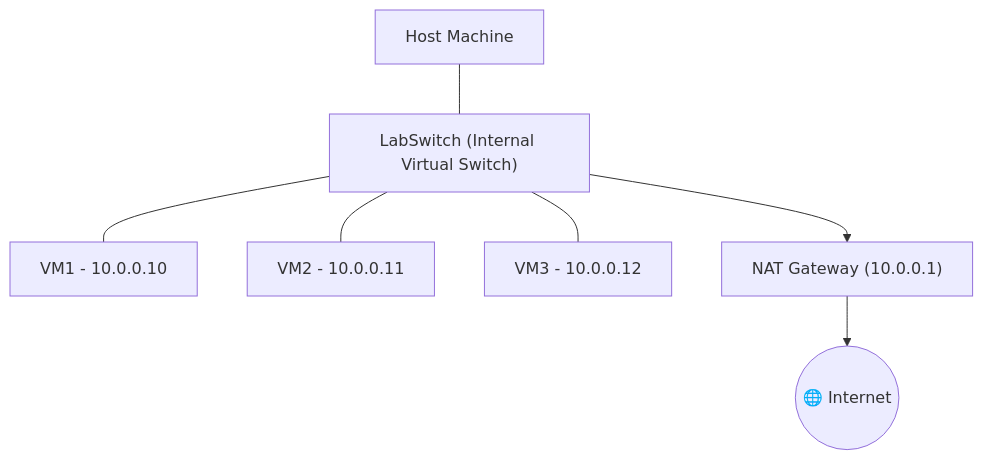
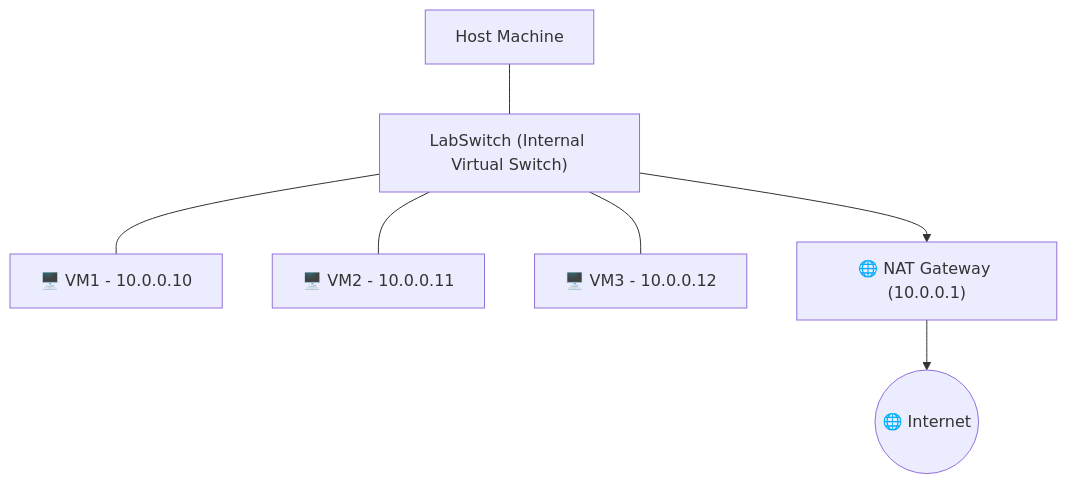
One commit to doyenkbs/MKDocs changed the diagram in docs/home-lab/microsoft/hyper-v.md. Above: the diagram before and after it, drawn with Mermaid.

````diff
--- a/docs/home-lab/microsoft/hyper-v.md
+++ b/docs/home-lab/microsoft/hyper-v.md
@@ -97,10 +97,10 @@
 ``` mermaid
 flowchart TD
     Host[Host Machine] --- LabSwitch["LabSwitch (Internal Virtual Switch)"]
-    LabSwitch --- VM1[VM1 - 10.0.0.10]
-    LabSwitch --- VM2[VM2 - 10.0.0.11]
-    LabSwitch --- VM3[VM3 - 10.0.0.12]
+    LabSwitch --- VM1[🖥️ VM1 - 10.0.0.10]
+    LabSwitch --- VM2[🖥️ VM2 - 10.0.0.11]
+    LabSwitch --- VM3[🖥️ VM3 - 10.0.0.12]
 
-    LabSwitch --> Gateway["NAT Gateway (10.0.0.1)"]
+    LabSwitch --> Gateway["🌐 NAT Gateway (10.0.0.1)"]
     Gateway --> Internet((🌐 Internet))
 ```
````
